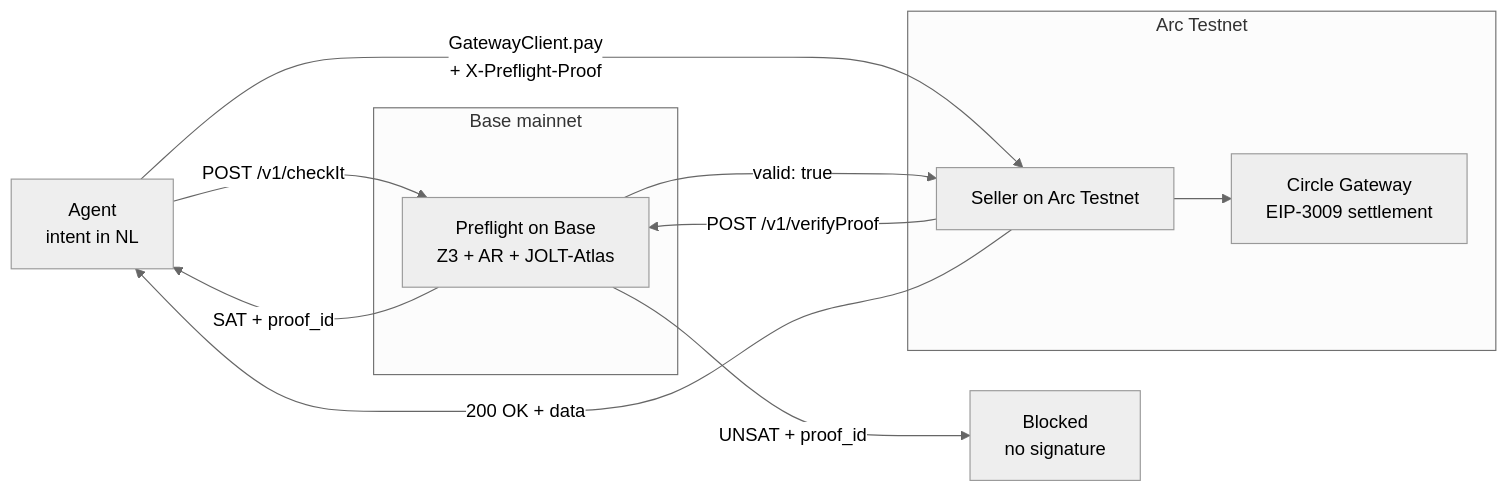
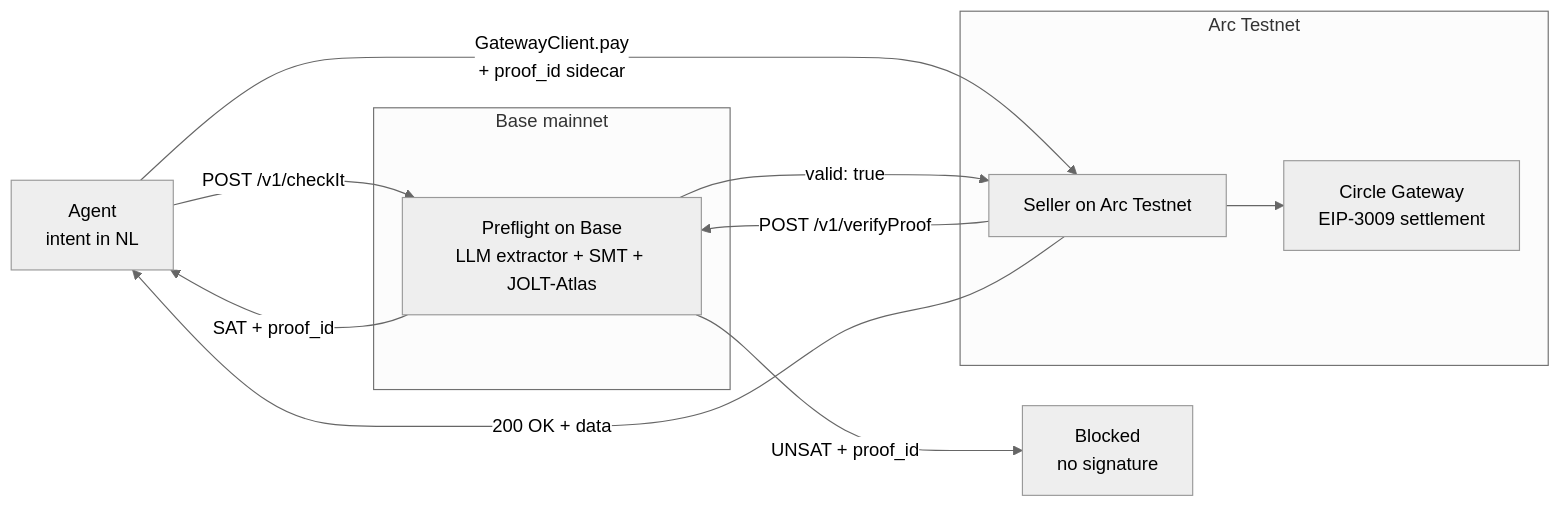
The second of 2 diagrams in README.md (hshadab/nanopayments), drawn with Mermaid (neutral theme) before and after one commit. The commit also changed other lines of this file and 3 other files, not shown here.

````diff
--- a/README.md
+++ b/README.md
@@ -146,19 +146,19 @@
 ```mermaid
 flowchart LR
-    A[Agent<br/>intent in NL] -->|POST /v1/checkIt| P[Preflight on Base<br/>Z3 + AR + JOLT-Atlas]
+    A[Agent<br/>intent in NL] -->|POST /v1/checkIt| P[Preflight on Base<br/>LLM extractor + SMT + JOLT-Atlas]
     P -->|SAT + proof_id| A
     P -->|UNSAT + proof_id| X[Blocked<br/>no signature]
-    A -->|GatewayClient.pay<br/>+ X-Preflight-Proof| G[Seller on Arc Testnet]
+    A -->|GatewayClient.pay<br/>+ proof_id sidecar| G[Seller on Arc Testnet]
     G -->|POST /v1/verifyProof| P
     P -->|valid: true| G
     G -->|200 OK + data| A
 
     subgraph Base mainnet
         P
     end
     subgraph Arc Testnet
         G
         N[Circle Gateway<br/>EIP-3009 settlement]
         G --> N
     end
 ```
````
